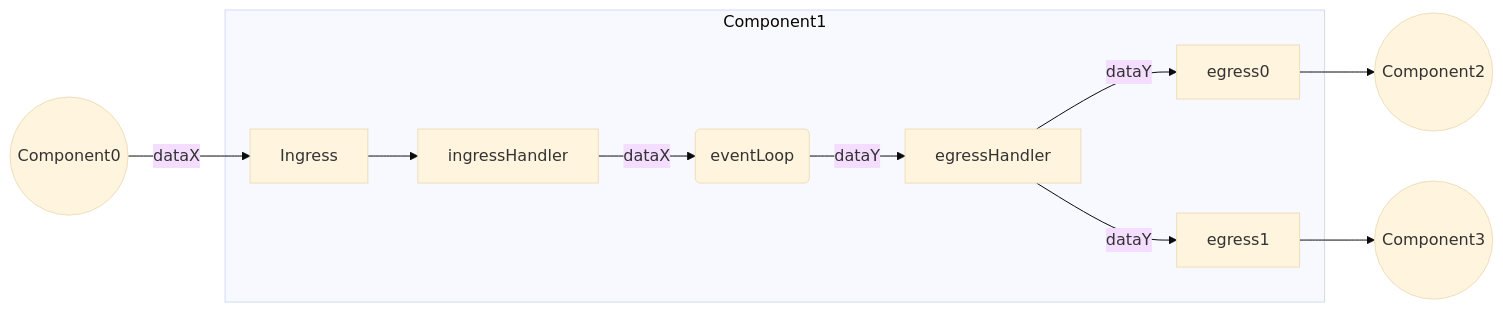
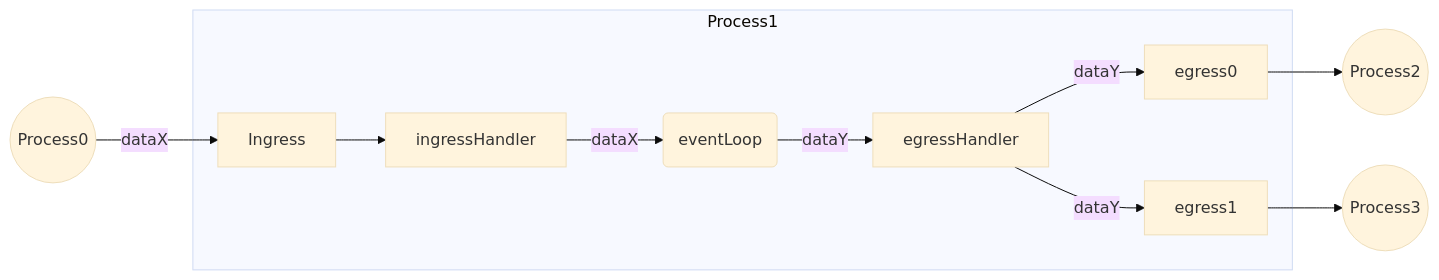
The first of 5 diagrams in docs/architecture/etl.markdown (base-org/pessimism), drawn with Mermaid (base theme) before and after one commit. The commit also changed other lines of this file and 146 other files, not shown here.

```diff
--- a/docs/architecture/etl.markdown
+++ b/docs/architecture/etl.markdown
@@ -27,15 +26,15 @@
 <div class="mermaid">
 graph LR;
-    A((Component0)) -->|dataX| C[Ingress];
+    A((Process0)) -->|dataX| C[Ingress];
 
-    subgraph B["Component1"]
+    subgraph B["Process1"]
         C -->  D[ingressHandler];
         D --> |dataX| E(eventLoop);
         E --> |dataY| F[egressHandler];
         F --> |dataY| G[egress0];
         F --> |dataY| H[egress1];
     end
 
-    G --> K((Component2));
-    H --> J((Component3));
+    G --> K((Process2));
+    H --> J((Process3));
 </div>
```
